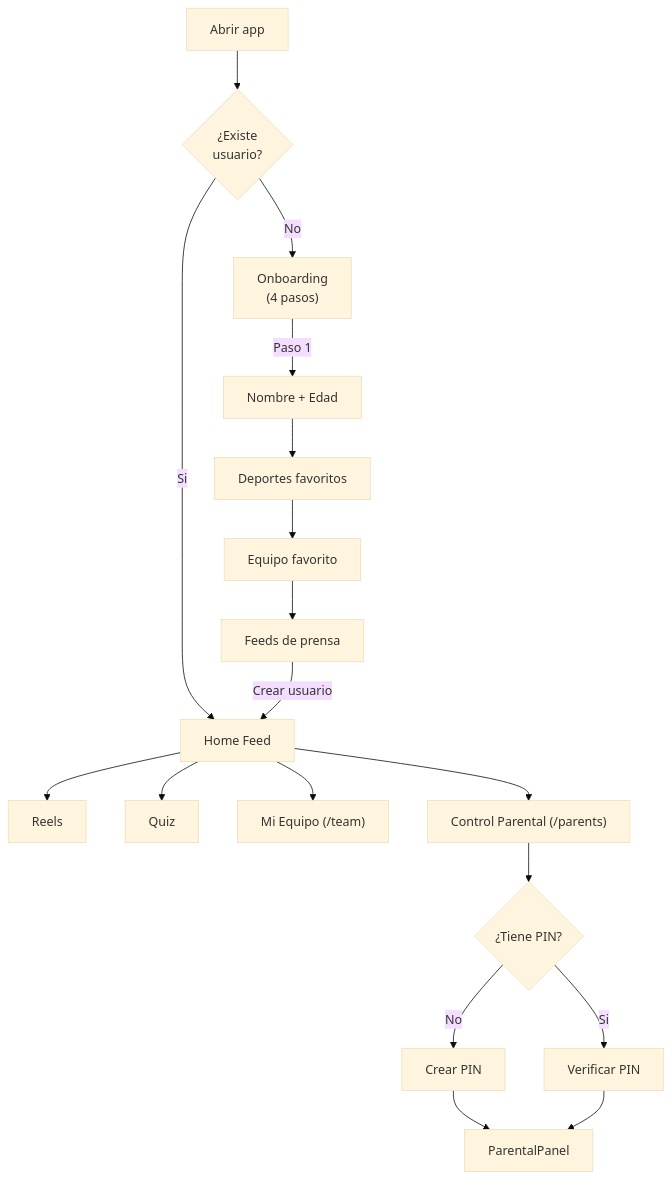
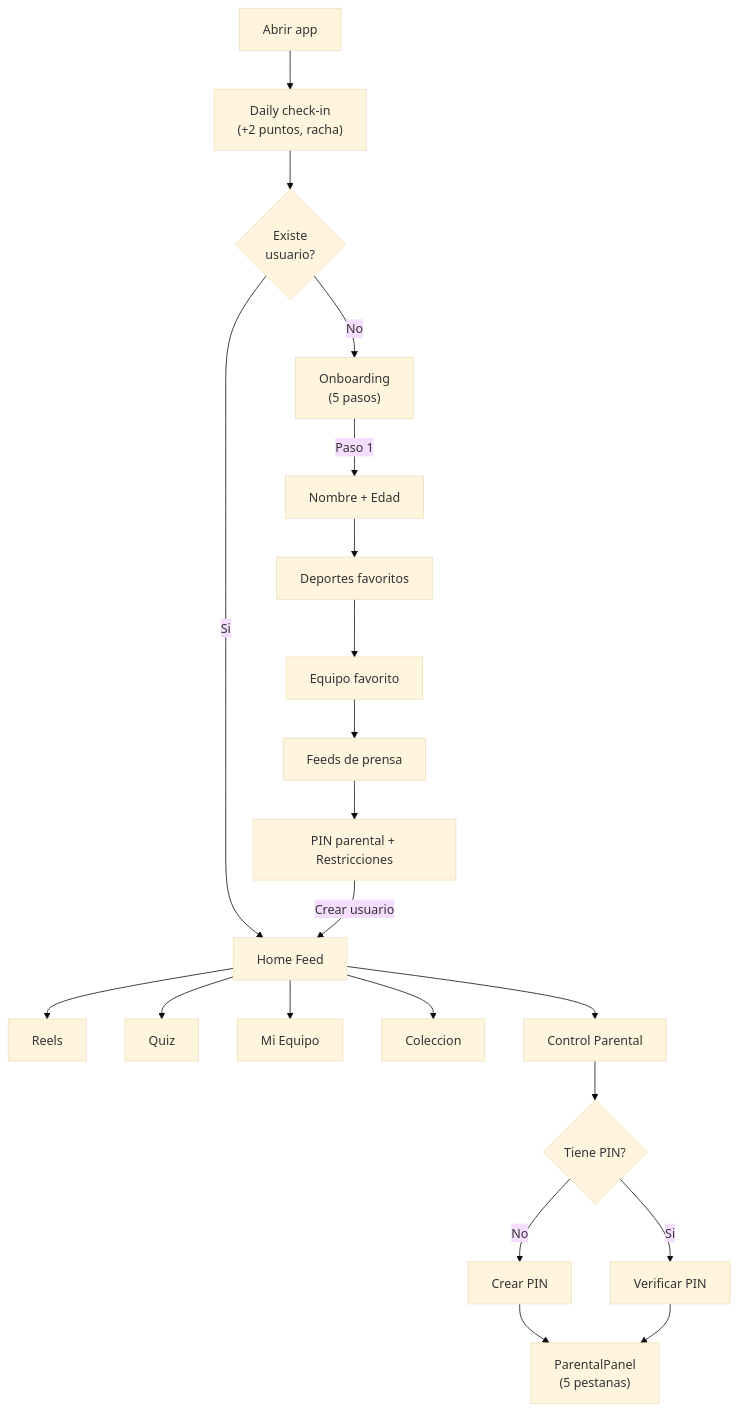
The first of 4 diagrams in docs/es/05-flujos-de-usuario.md (durdy48/SportyKids), drawn with Mermaid (base theme) before and after one commit. The commit also changed other lines of this file and 22 other files, not shown here.

````diff
--- a/docs/es/05-flujos-de-usuario.md
+++ b/docs/es/05-flujos-de-usuario.md
@@ -5,23 +5,26 @@
 ```mermaid
 flowchart TD
-    START["Abrir app"] --> CHECK{"¿Existe<br/>usuario?"}
-    CHECK -->|No| ONB["Onboarding<br/>(4 pasos)"]
+    START["Abrir app"] --> CHECKIN["Daily check-in<br/>(+2 puntos, racha)"]
+    CHECKIN --> CHECK{"Existe<br/>usuario?"}
+    CHECK -->|No| ONB["Onboarding<br/>(5 pasos)"]
     CHECK -->|Si| HOME["Home Feed"]
 
     ONB --> |Paso 1| NOMBRE["Nombre + Edad"]
     NOMBRE --> DEPORTES["Deportes favoritos"]
     DEPORTES --> EQUIPO["Equipo favorito"]
     EQUIPO --> FEEDS["Feeds de prensa"]
-    FEEDS --> |Crear usuario| HOME
+    FEEDS --> PIN_SETUP["PIN parental + Restricciones"]
+    PIN_SETUP --> |Crear usuario| HOME
 
     HOME --> REELS["Reels"]
     HOME --> QUIZ["Quiz"]
-    HOME --> MIEQ["Mi Equipo (/team)"]
-    HOME --> PADRES["Control Parental (/parents)"]
+    HOME --> MIEQ["Mi Equipo"]
+    HOME --> COLEC["Coleccion"]
+    HOME --> PADRES["Control Parental"]
 
-    PADRES --> PIN{"¿Tiene PIN?"}
+    PADRES --> PIN{"Tiene PIN?"}
     PIN -->|No| CREAR_PIN["Crear PIN"]
     PIN -->|Si| VERIFICAR["Verificar PIN"]
-    CREAR_PIN --> PANEL["ParentalPanel"]
+    CREAR_PIN --> PANEL["ParentalPanel<br/>(5 pestanas)"]
     VERIFICAR --> PANEL
 ```
````
